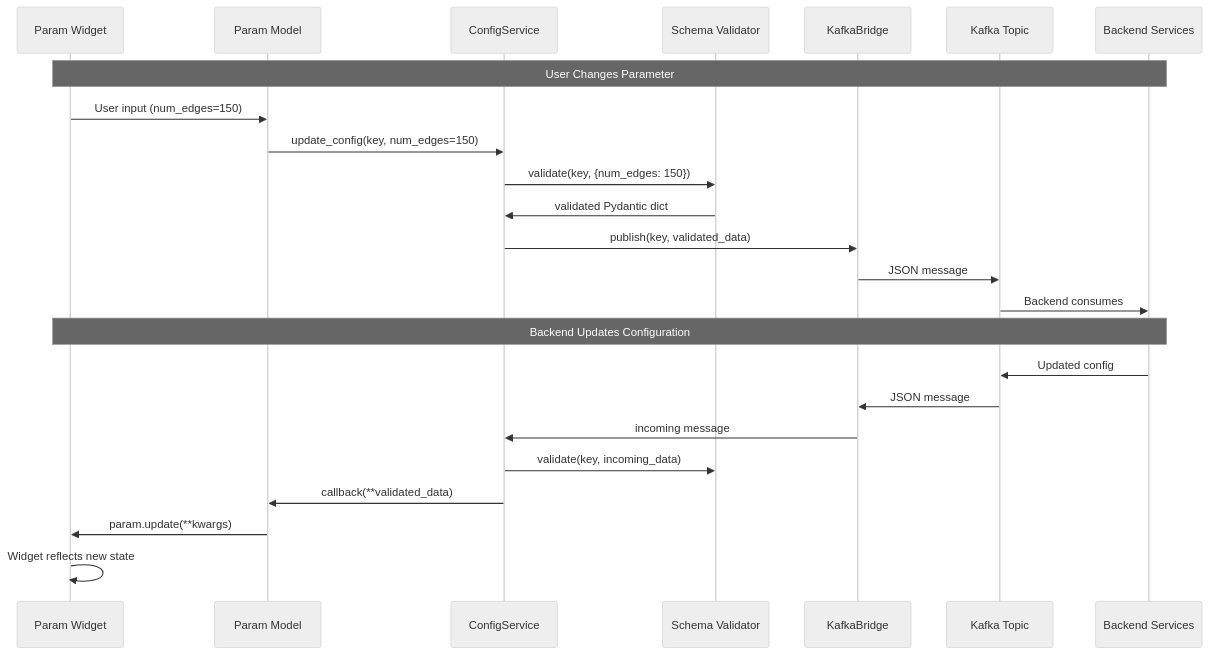
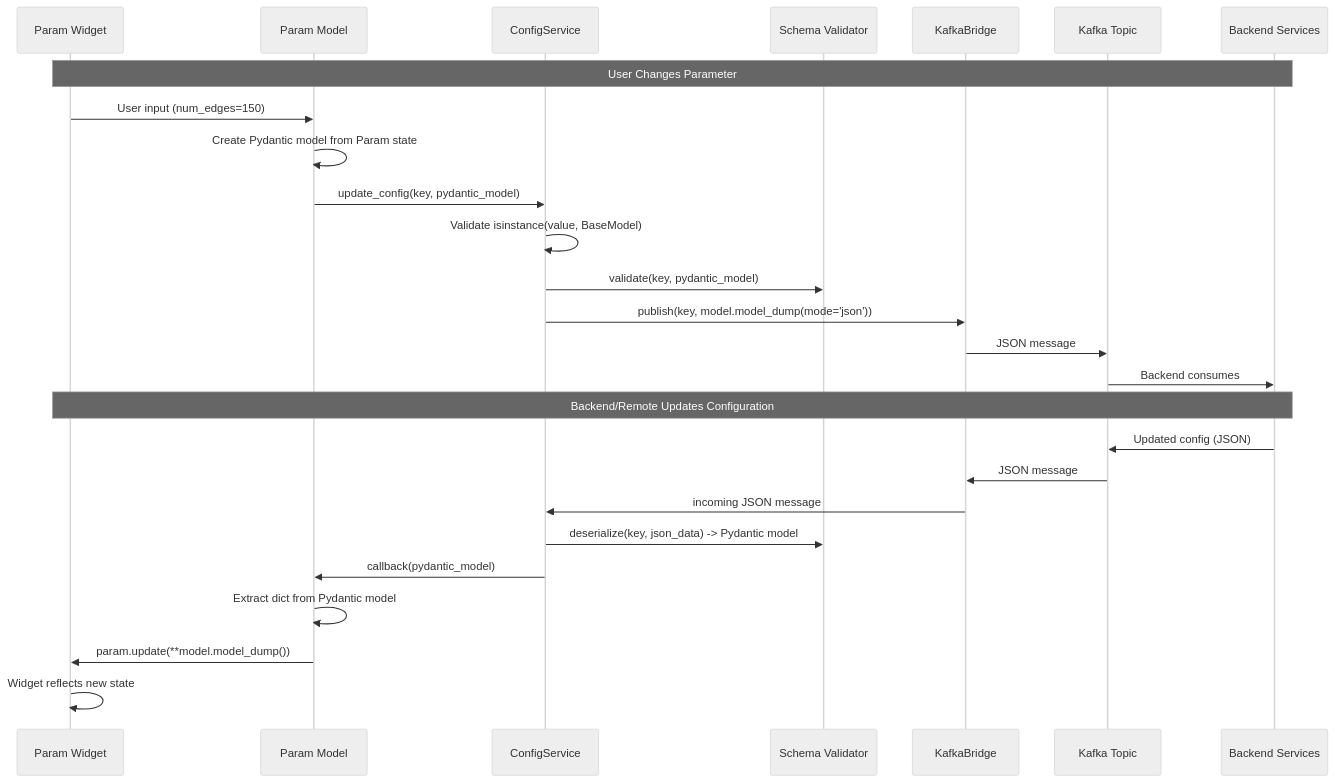
The fourth of 13 diagrams in docs/developer/design/architecture.md (scipp/beamlime), drawn with Mermaid (neutral theme) before and after one commit. The commit also changed other lines of this file, not shown here.

Commit message:
Update for new ConfigService

````diff
--- a/docs/developer/design/architecture.md
+++ b/docs/developer/design/architecture.md
@@ -167,28 +176,30 @@
 ```mermaid
 sequenceDiagram
     participant PW as Param Widget
     participant PM as Param Model
     participant CS as ConfigService
     participant SV as Schema Validator
     participant KB as KafkaBridge
     participant KT as Kafka Topic
     participant BE as Backend Services
 
     Note over PW,BE: User Changes Parameter
     PW->>PM: User input (num_edges=150)
-    PM->>CS: update_config(key, num_edges=150)
-    CS->>SV: validate(key, {num_edges: 150})
-    SV->>CS: validated Pydantic dict
-    CS->>KB: publish(key, validated_data)
+    PM->>PM: Create Pydantic model from Param state
+    PM->>CS: update_config(key, pydantic_model)
+    CS->>CS: Validate isinstance(value, BaseModel)
+    CS->>SV: validate(key, pydantic_model)
+    CS->>KB: publish(key, model.model_dump(mode='json'))
     KB->>KT: JSON message
     KT->>BE: Backend consumes
 
-    Note over PW,BE: Backend Updates Configuration
-    BE->>KT: Updated config
+    Note over PW,BE: Backend/Remote Updates Configuration
+    BE->>KT: Updated config (JSON)
     KT->>KB: JSON message
-    KB->>CS: incoming message
-    CS->>SV: validate(key, incoming_data)
-    CS->>PM: callback(**validated_data)
-    PM->>PW: param.update(**kwargs)
+    KB->>CS: incoming JSON message
+    CS->>SV: deserialize(key, json_data) -> Pydantic model
+    CS->>PM: callback(pydantic_model)
+    PM->>PM: Extract dict from Pydantic model
+    PM->>PW: param.update(**model.model_dump())
     PW->>PW: Widget reflects new state
 ```
````
